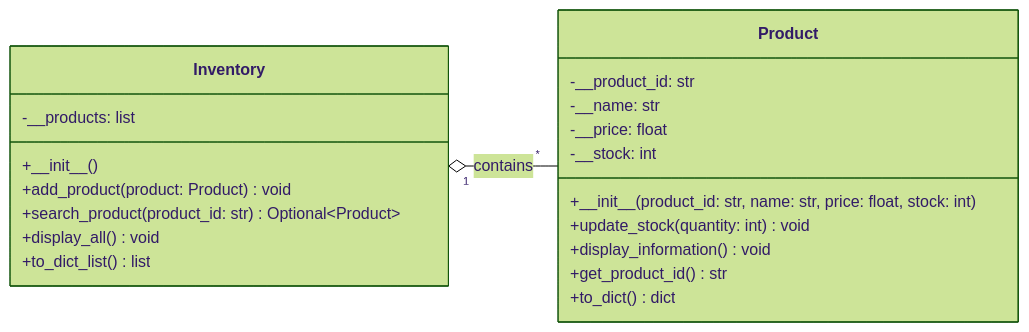
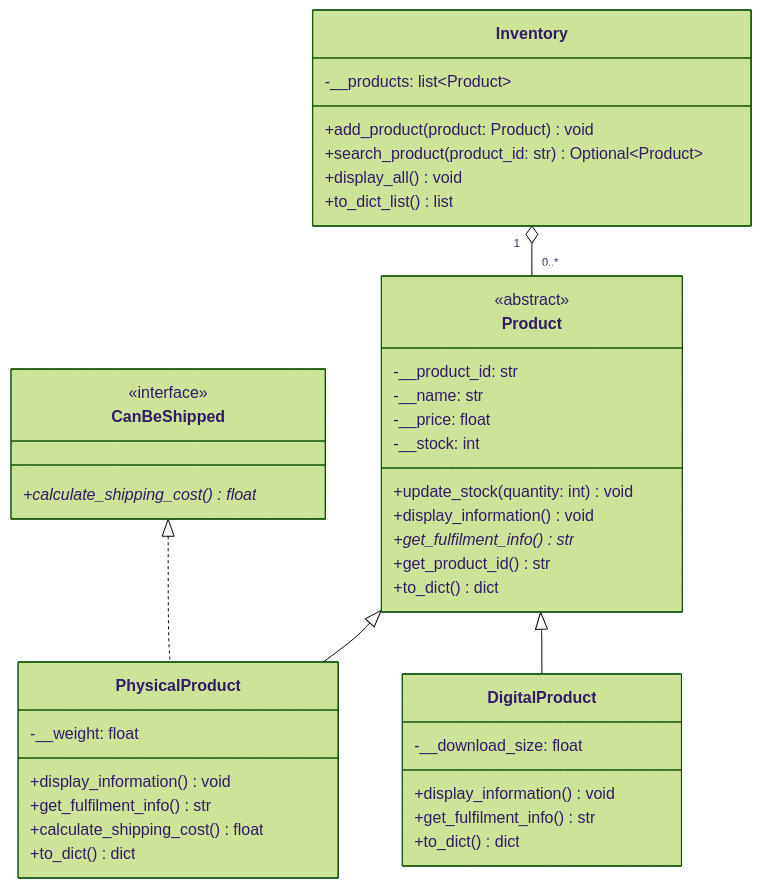
One commit to damien-xy/INF1103-Lab changed the diagram in Lab7-2604708/UML_class_diagram.md. Above: the diagram before and after it, drawn with Mermaid (forest theme). The commit also changed other lines of this file, not shown here.

Commit message:
[Lab 7] Updated UML class diagram

````diff
--- a/Lab7-2604708/UML_class_diagram.md
+++ b/Lab7-2604708/UML_class_diagram.md
@@ -3,29 +3,52 @@
 ```mermaid
 classDiagram
-    direction LR
+    direction TB
 
     class Product {
+        <<abstract>>
         -__product_id: str
         -__name: str
         -__price: float
         -__stock: int
-
-        +#95;#95;init#95;#95;(product_id: str, name: str, price: float, stock: int)
         +update_stock(quantity: int) void
         +display_information() void
+        +get_fulfilment_info()* str
         +get_product_id() str
         +to_dict() dict
     }
 
     class Inventory {
-        -__products: list
-
-        +#95;#95;init#95;#95;()
+        -__products: list~Product~
         +add_product(product: Product) void
         +search_product(product_id: str) Optional~Product~
         +display_all() void
         +to_dict_list() list
     }
 
-    Inventory "1" o-- "*" Product : contains
+    class PhysicalProduct {
+        -__weight: float
+        +display_information() void
+        +get_fulfilment_info() str
+        +calculate_shipping_cost() float
+        +to_dict() dict
+    }
+
+    class DigitalProduct {
+        -__download_size: float
+        +display_information() void
+        +get_fulfilment_info() str
+        +to_dict() dict
+    }
+
+    class CanBeShipped {
+        <<interface>>
+        +calculate_shipping_cost()* float
+    }
+
+    Product <|-- PhysicalProduct
+    Product <|-- DigitalProduct
+
+    CanBeShipped <|.. PhysicalProduct
+
+    Inventory "1" o-- "0..*" Product
 ```
````
